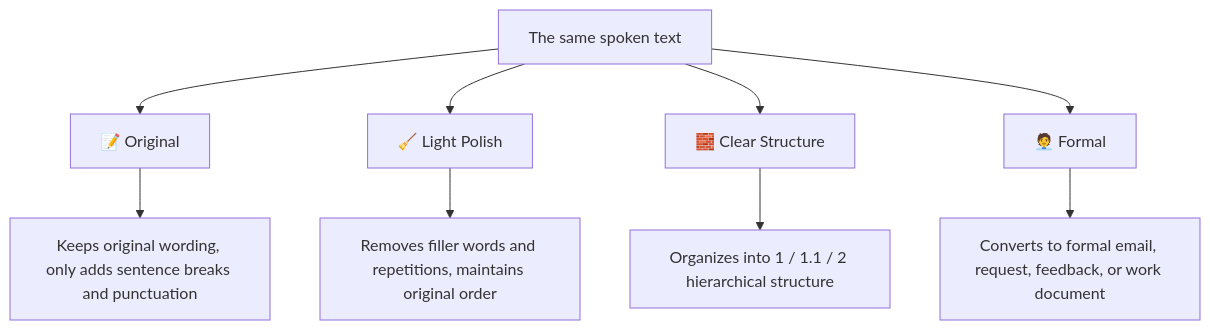
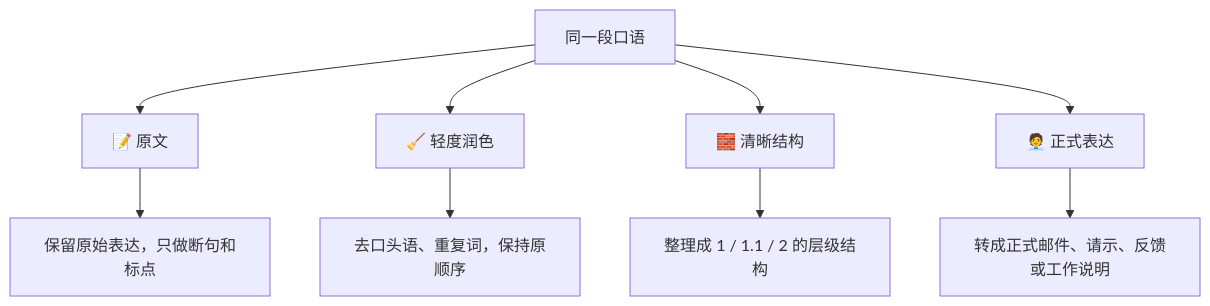
One commit to EthanYoQ/whisper-input changed the second of 5 diagrams in README.md. Above: the diagram before and after it, drawn with Mermaid. The commit also changed other lines of this file and 2 other files, not shown here.

````diff
--- a/README.md
+++ b/README.md
@@ -95,11 +91,11 @@
 ```mermaid
 flowchart TB
-  A["The same spoken text"] --> B["📝 Original"]
-  A --> C["🧹 Light Polish"]
-  A --> D["🧱 Clear Structure"]
-  A --> E["🧑‍💼 Formal"]
-  B --> B1["Keeps original wording, only adds sentence breaks and punctuation"]
-  C --> C1["Removes filler words and repetitions, maintains original order"]
-  D --> D1["Organizes into 1 / 1.1 / 2 hierarchical structure"]
-  E --> E1["Converts to formal email, request, feedback, or work document"]
+  A["同一段口语"] --> B["📝 原文"]
+  A --> C["🧹 轻度润色"]
+  A --> D["🧱 清晰结构"]
+  A --> E["🧑‍💼 正式表达"]
+  B --> B1["保留原始表达，只做断句和标点"]
+  C --> C1["去口头语、重复词，保持原顺序"]
+  D --> D1["整理成 1 / 1.1 / 2 的层级结构"]
+  E --> E1["转成正式邮件、请示、反馈或工作说明"]
 ```
````
